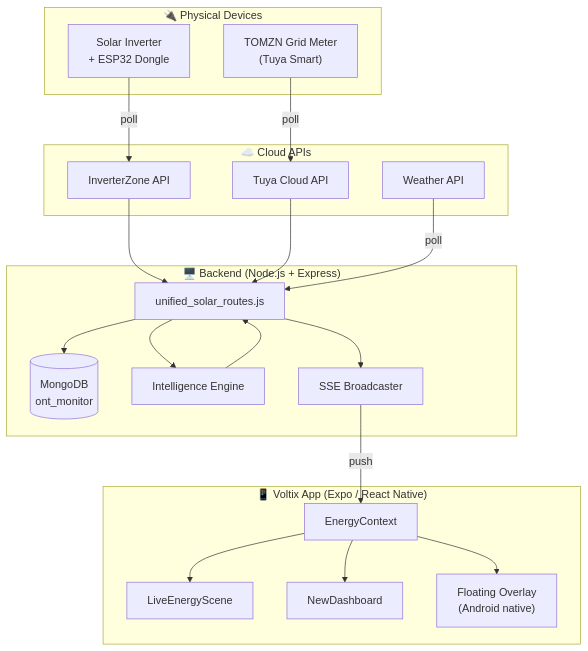
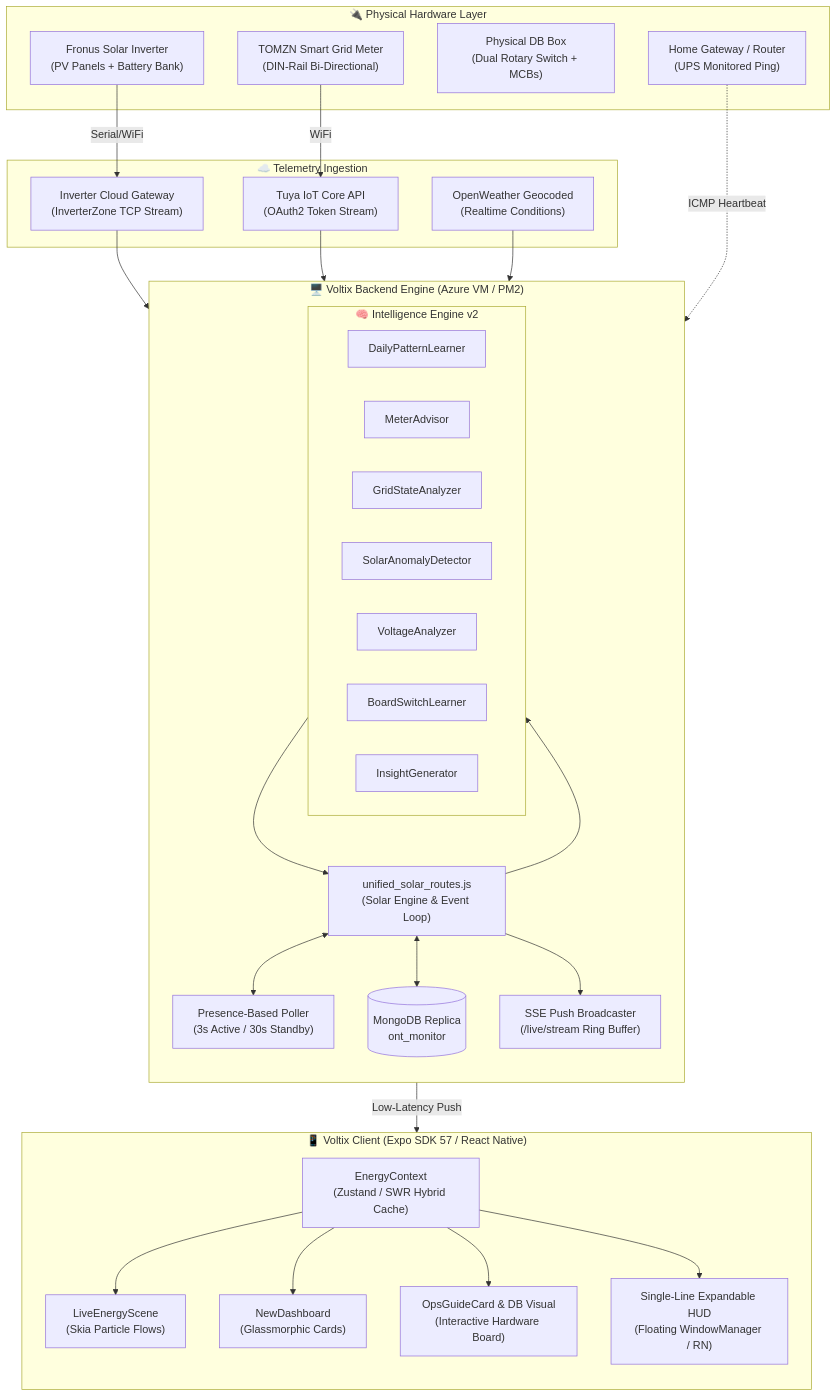
One commit to Code-fever1/Solar changed the diagram in README.md. Above: the diagram before and after it, drawn with Mermaid. The commit also changed other lines of this file and 27 other files, not shown here.

````diff
--- a/README.md
+++ b/README.md
@@ -126,38 +86,60 @@
 ```mermaid
 flowchart TB
-    subgraph Devices["🔌 Physical Devices"]
-        INV["Solar Inverter\n+ ESP32 Dongle"]
-        TOMZN["TOMZN Grid Meter\n(Tuya Smart)"]
+    subgraph HW["🔌 Physical Hardware Layer"]
+        INV["Fronus Solar Inverter\n(PV Panels + Battery Bank)"]
+        TOMZN["TOMZN Smart Grid Meter\n(DIN-Rail Bi-Directional)"]
+        DB_BOX["Physical DB Box\n(Dual Rotary Switch + MCBs)"]
+        ROUTER["Home Gateway / Router\n(UPS Monitored Ping)"]
     end
 
-    subgraph Cloud["☁️ Cloud APIs"]
-        IZ["InverterZone API"]
-        TUYA["Tuya Cloud API"]
-        WX["Weather API"]
+    subgraph CLOUD["☁️ Telemetry Ingestion"]
+        IZ_API["Inverter Cloud Gateway\n(InverterZone TCP Stream)"]
+        TUYA_API["Tuya IoT Core API\n(OAuth2 Token Stream)"]
+        WX_API["OpenWeather Geocoded\n(Realtime Conditions)"]
     end
 
-    subgraph Backend["🖥️ Backend (Node.js + Express)"]
-        ROUTES["unified_solar_routes.js"]
-        DB[("MongoDB\nont_monitor")]
-        IE["Intelligence Engine"]
-        SSE["SSE Broadcaster"]
+    subgraph BACKEND["🖥️ Voltix Backend Engine (Azure VM / PM2)"]
+        direction TB
+        ROUTES["unified_solar_routes.js\n(Solar Engine & Event Loop)"]
+        PRESENCE["Presence-Based Poller\n(3s Active / 30s Standby)"]
+        DB[("MongoDB Replica\nont_monitor")]
+        
+        subgraph INTEL["🧠 Intelligence Engine v2"]
+            PAT["DailyPatternLearner"]
+            ADVISOR["MeterAdvisor"]
+            GRID_ST["GridStateAnalyzer"]
+            SOLAR_DET["SolarAnomalyDetector"]
+            VOLT["VoltageAnalyzer"]
+            BOARD_LRN["BoardSwitchLearner"]
+            INSIGHT["InsightGenerator"]
+        end
+        
+        SSE["SSE Push Broadcaster\n(/live/stream Ring Buffer)"]
     end
 
-    subgraph App["📱 Voltix App (Expo / React Native)"]
-        CTX["EnergyContext"]
-        SCENE["LiveEnergyScene"]
-        DASH["NewDashboard"]
-        OVERLAY["Floating Overlay\n(Android native)"]
+    subgraph CLIENT["📱 Voltix Client (Expo SDK 57 / React Native)"]
+        direction TB
+        CTX["EnergyContext\n(Zustand / SWR Hybrid Cache)"]
+        SCENE["LiveEnergyScene\n(Skia Particle Flows)"]
+        DASH["NewDashboard\n(Glassmorphic Cards)"]
+        OPS["OpsGuideCard & DB Visual\n(Interactive Hardware Board)"]
+        HUD["Single-Line Expandable HUD\n(Floating WindowManager / RN)"]
     end
 
-    INV -->|poll| IZ --> ROUTES
-    TOMZN -->|poll| TUYA --> ROUTES
-    WX -->|poll| ROUTES
-    ROUTES --> DB
-    ROUTES --> IE --> ROUTES
+    INV -->|Serial/WiFi| IZ_API --> ROUTES
+    TOMZN -->|WiFi| TUYA_API --> ROUTES
+    ROUTER -.->|ICMP Heartbeat| ROUTES
+    WX_API --> ROUTES
+
+    ROUTES <--> PRESENCE
+    ROUTES <--> DB
+    ROUTES --> INTEL
+    INTEL --> ROUTES
     ROUTES --> SSE
-    SSE -->|push| CTX
+
+    SSE -->|Low-Latency Push| CTX
     CTX --> SCENE
     CTX --> DASH
-    CTX --> OVERLAY
+    CTX --> OPS
+    CTX --> HUD
 ```
````
